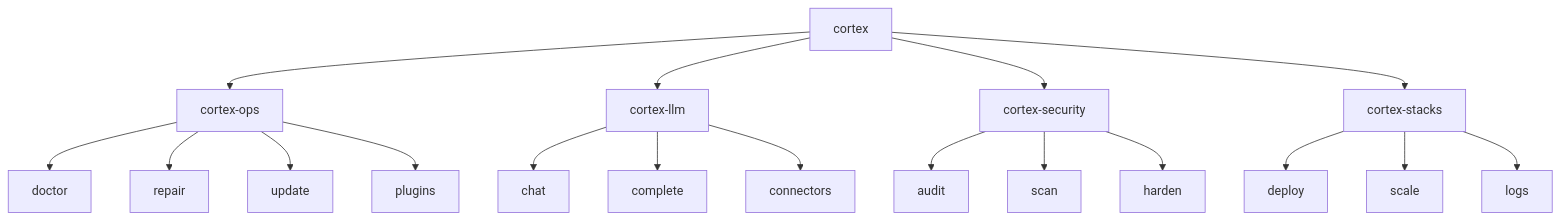
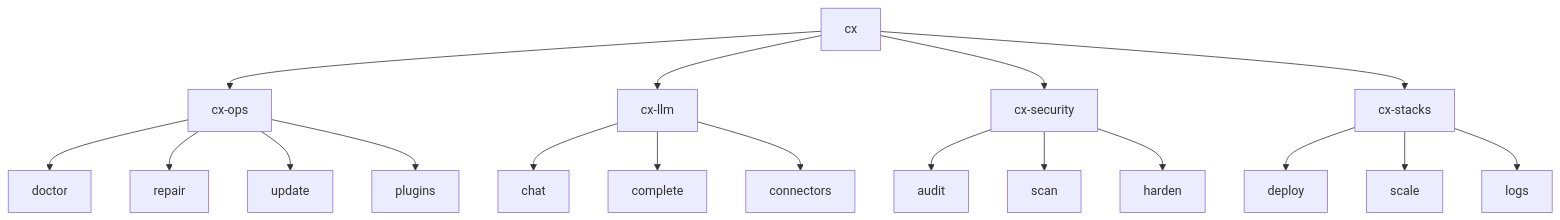
The diagram in docs/docs/architecture/cortex-cli.md (cxlinux-ai/cx-web), drawn with Mermaid before and after one commit. The commit also changed other lines of this file and 21 other files, not shown here.

````diff
--- a/docs/docs/architecture/cortex-cli.md
+++ b/docs/docs/architecture/cortex-cli.md
@@ -7,24 +7,24 @@
 ```mermaid
 graph TD
-    A[cortex] --> B[cortex-ops]
-    A --> C[cortex-llm]
-    A --> D[cortex-security]
-    A --> E[cortex-stacks]
+    A[cx] --> B[cx-ops]
+    A --> C[cx-llm]
+    A --> D[cx-security]
+    A --> E[cx-stacks]
 
     B --> B1[doctor]
     B --> B2[repair]
     B --> B3[update]
     B --> B4[plugins]
 
     C --> C1[chat]
     C --> C2[complete]
     C --> C3[connectors]
 
     D --> D1[audit]
     D --> D2[scan]
     D --> D3[harden]
 
     E --> E1[deploy]
     E --> E2[scale]
     E --> E3[logs]
 ```
````
